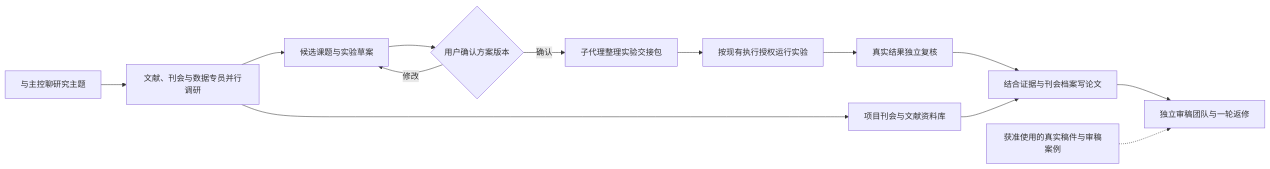
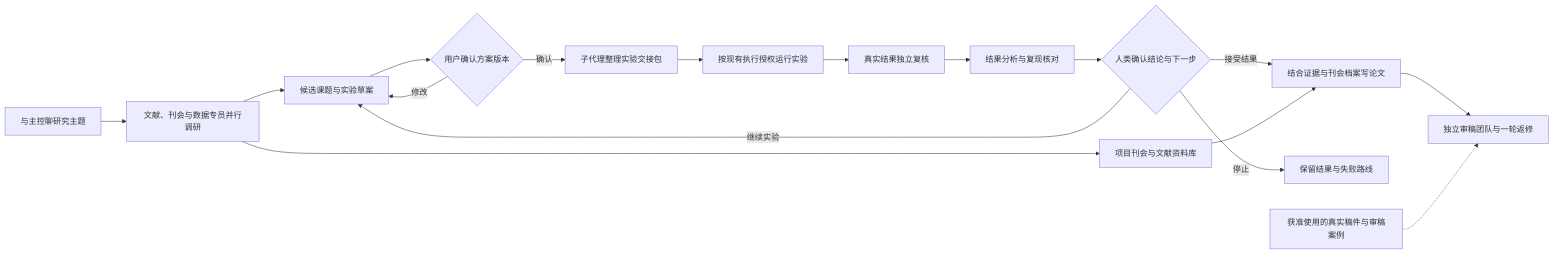
The first of 4 diagrams in README.md (OpenMedAILab/oph-autoresearch), drawn with Mermaid before and after one commit. The commit also changed other lines of this file and 102 other files, not shown here.

````diff
--- a/README.md
+++ b/README.md
@@ -27,15 +28,19 @@
 ```mermaid
 flowchart LR
     A[与主控聊研究主题] --> B[文献、刊会与数据专员并行调研]
     B --> C[候选课题与实验草案]
     C --> D{用户确认方案版本}
     D -->|修改| C
     D -->|确认| E[子代理整理实验交接包]
     E --> F[按现有执行授权运行实验]
     F --> G[真实结果独立复核]
-    G --> H[结合证据与刊会档案写论文]
-    H --> I[独立审稿团队与一轮返修]
-    B --> J[项目刊会与文献资料库]
-    J --> H
-    K[获准使用的真实稿件与审稿案例] -.-> I
+    G --> H[结果分析与复现核对]
+    H --> I{人类确认结论与下一步}
+    I -->|继续实验| C
+    I -->|接受结果| J[结合证据与刊会档案写论文]
+    I -->|停止| K[保留结果与失败路线]
+    J --> L[独立审稿团队与一轮返修]
+    B --> M[项目刊会与文献资料库]
+    M --> J
+    N[获准使用的真实稿件与审稿案例] -.-> L
 ```
````
